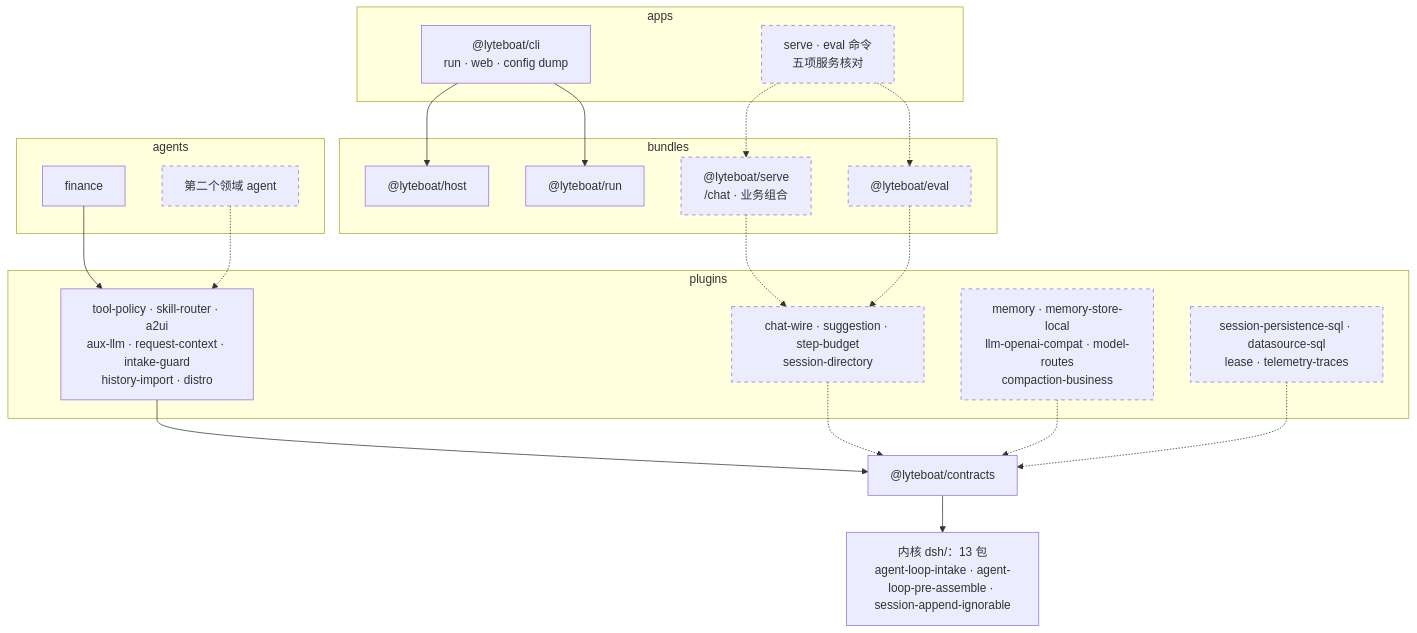
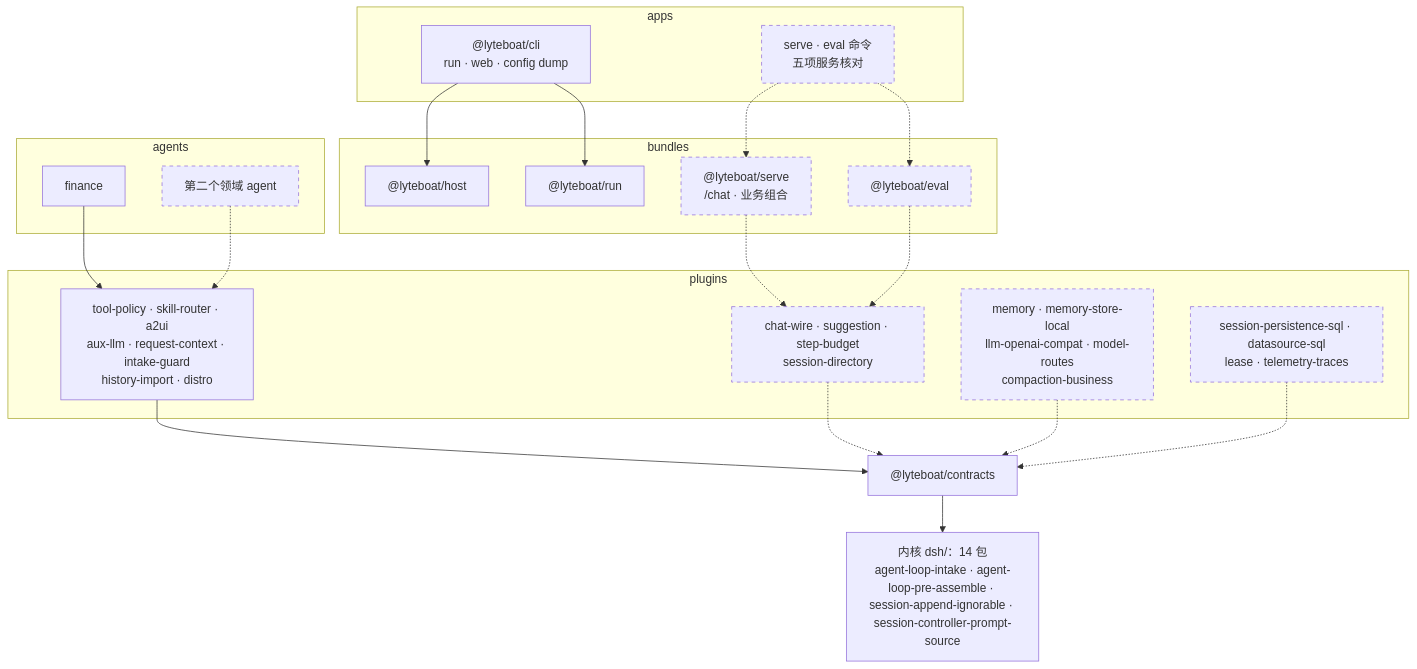
Before and after one commit to lyteboat/boat: the second of 3 diagrams in docs/04-reference-alignment.md, drawn with Mermaid. The commit also changed other lines of this file and 5 other files, not shown here.

````diff
--- a/docs/04-reference-alignment.md
+++ b/docs/04-reference-alignment.md
@@ -705,40 +707,40 @@
 ```mermaid
 flowchart TB
   subgraph APPS["apps"]
     CLI["@lyteboat/cli<br/>run · web · config dump"]
     CLIN["serve · eval 命令<br/>五项服务核对"]
   end
   subgraph BUNDLES["bundles"]
     HOST["@lyteboat/host"]
     RUN["@lyteboat/run"]
     SERVE["@lyteboat/serve<br/>/chat · 业务组合"]
     EVAL["@lyteboat/eval"]
   end
   subgraph AGENTS["agents"]
     FIN["finance"]
     AG2["第二个领域 agent"]
   end
   subgraph PLUGINS["plugins"]
     HAVE["tool-policy · skill-router · a2ui<br/>aux-llm · request-context · intake-guard<br/>history-import · distro"]
     WIRE["chat-wire · suggestion · step-budget<br/>session-directory"]
     MEM["memory · memory-store-local<br/>llm-openai-compat · model-routes<br/>compaction-business"]
     MULTI["session-persistence-sql · datasource-sql<br/>lease · telemetry-traces"]
   end
   CT["@lyteboat/contracts"]
-  K["内核 dsh/：13 包<br/>agent-loop-intake · agent-loop-pre-assemble · session-append-ignorable"]
+  K["内核 dsh/：14 包<br/>agent-loop-intake · agent-loop-pre-assemble · session-append-ignorable · session-controller-prompt-source"]
   CLI --> HOST
   CLI --> RUN
   CLIN -.-> SERVE
   CLIN -.-> EVAL
   SERVE -.-> WIRE
   EVAL -.-> WIRE
   FIN --> HAVE
   AG2 -.-> HAVE
   HAVE --> CT
   WIRE -.-> CT
   MEM -.-> CT
   MULTI -.-> CT
   CT --> K
   classDef planned stroke-dasharray: 5 5
   class CLIN,SERVE,EVAL,AG2,WIRE,MEM,MULTI planned
 ```
````
